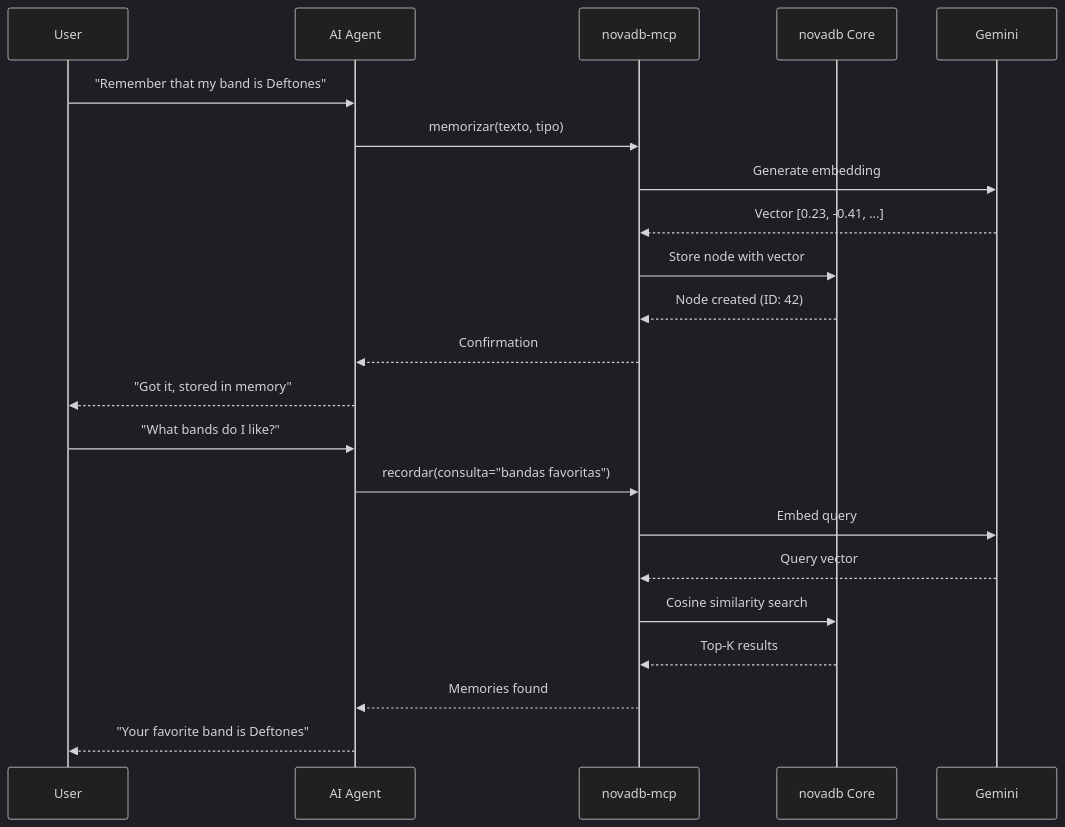
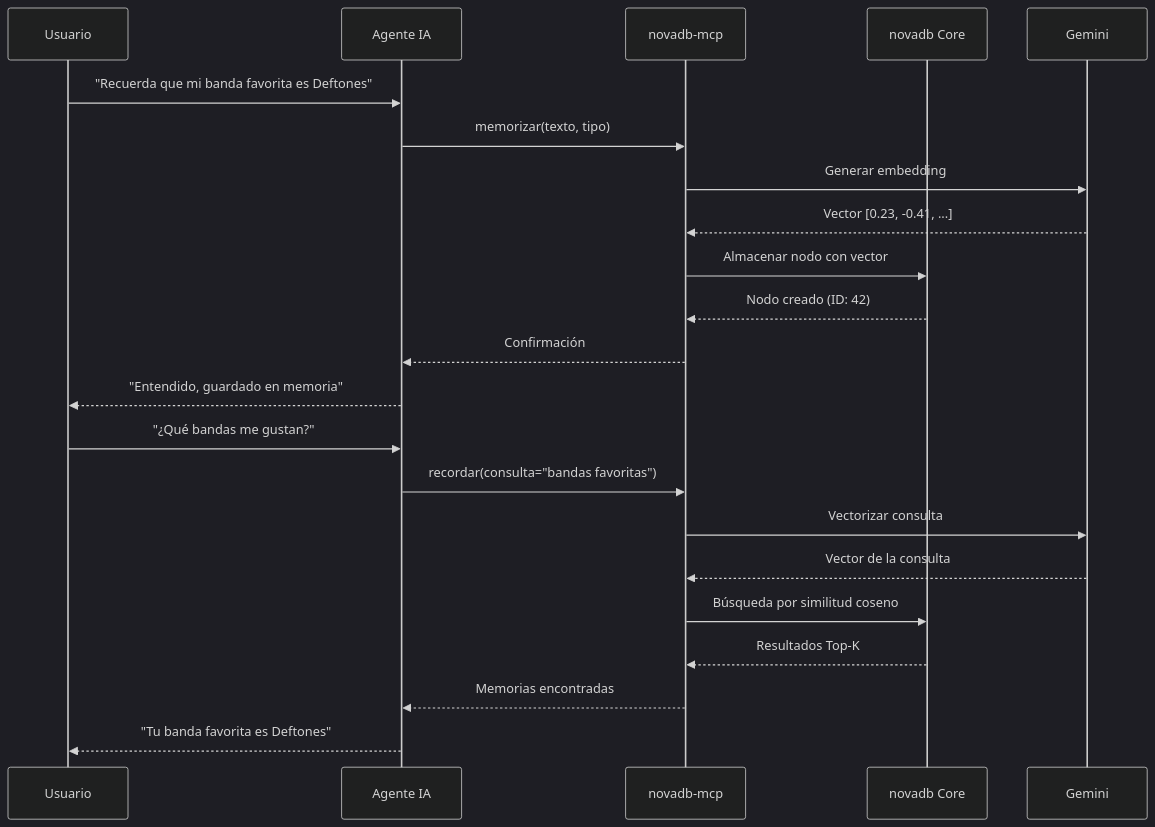
One commit to risaavedraf/NovaDB changed the second of 3 diagrams in docs/architecture.md. Above: the diagram before and after it, drawn with Mermaid (dark theme). The commit also changed other lines of this file and 8 other files, not shown here.

````diff
--- a/docs/architecture.md
+++ b/docs/architecture.md
@@ -52,26 +52,26 @@
 ```mermaid
 sequenceDiagram
-    participant User
-    participant Agent as AI Agent
+    participant Usuario
+    participant Agente as Agente IA
     participant MCP as novadb-mcp
     participant DB as novadb Core
     participant Gemini
 
-    User->>Agent: "Remember that my band is Deftones"
-    Agent->>MCP: memorizar(texto, tipo)
-    MCP->>Gemini: Generate embedding
+    Usuario->>Agente: "Recuerda que mi banda favorita es Deftones"
+    Agente->>MCP: memorizar(texto, tipo)
+    MCP->>Gemini: Generar embedding
     Gemini-->>MCP: Vector [0.23, -0.41, ...]
-    MCP->>DB: Store node with vector
-    DB-->>MCP: Node created (ID: 42)
-    MCP-->>Agent: Confirmation
-    Agent-->>User: "Got it, stored in memory"
+    MCP->>DB: Almacenar nodo con vector
+    DB-->>MCP: Nodo creado (ID: 42)
+    MCP-->>Agente: Confirmación
+    Agente-->>Usuario: "Entendido, guardado en memoria"
 
-    User->>Agent: "What bands do I like?"
-    Agent->>MCP: recordar(consulta="bandas favoritas")
-    MCP->>Gemini: Embed query
-    Gemini-->>MCP: Query vector
-    MCP->>DB: Cosine similarity search
-    DB-->>MCP: Top-K results
-    MCP-->>Agent: Memories found
-    Agent-->>User: "Your favorite band is Deftones"
+    Usuario->>Agente: "¿Qué bandas me gustan?"
+    Agente->>MCP: recordar(consulta="bandas favoritas")
+    MCP->>Gemini: Vectorizar consulta
+    Gemini-->>MCP: Vector de la consulta
+    MCP->>DB: Búsqueda por similitud coseno
+    DB-->>MCP: Resultados Top-K
+    MCP-->>Agente: Memorias encontradas
+    Agente-->>Usuario: "Tu banda favorita es Deftones"
 ```
````
